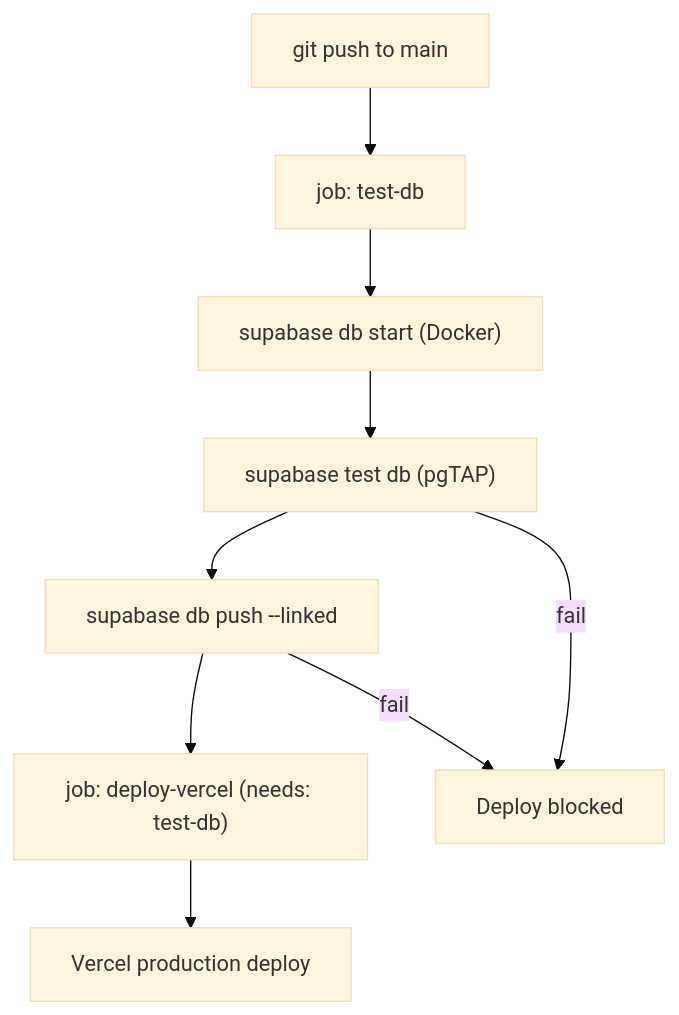
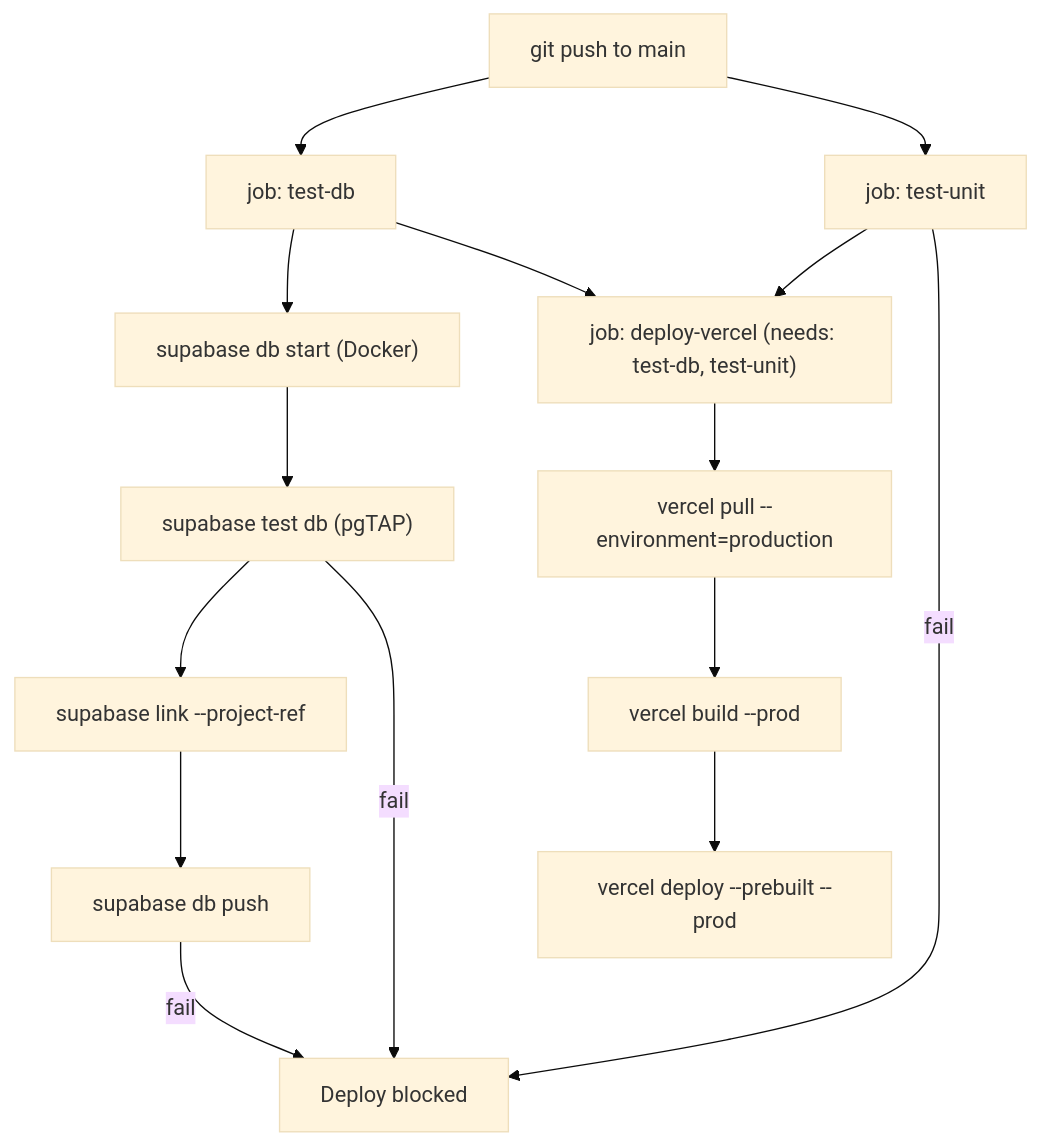
One commit to cbuchert/tool-club changed the sixth of 6 diagrams in ARCHITECTURE.md. Above: the diagram before and after it, drawn with Mermaid (base theme). The commit also changed other lines of this file and 26 other files, not shown here.

First line of the commit message:
feat: database schema, RLS policies, and pgTAP tests

````diff
--- a/ARCHITECTURE.md
+++ b/ARCHITECTURE.md
@@ -456,12 +492,18 @@
 ```mermaid
 graph TD
   Push["git push to main"] --> TestDB["job: test-db"]
+  Push --> TestUnit["job: test-unit"]
   TestDB --> StartLocal["supabase db start (Docker)"]
   StartLocal --> RunPgTAP["supabase test db (pgTAP)"]
-  RunPgTAP --> PushMigrations["supabase db push --linked"]
-  PushMigrations --> DeployVercel["job: deploy-vercel (needs: test-db)"]
-  DeployVercel --> VercelProd["Vercel production deploy"]
+  RunPgTAP --> LinkProject["supabase link --project-ref"]
+  LinkProject --> PushMigrations["supabase db push"]
+  TestDB --> Gate["job: deploy-vercel (needs: test-db, test-unit)"]
+  TestUnit --> Gate
+  Gate --> Pull["vercel pull --environment=production"]
+  Pull --> Build["vercel build --prod"]
+  Build --> Deploy["vercel deploy --prebuilt --prod"]
 
   RunPgTAP -->|fail| Block["Deploy blocked"]
   PushMigrations -->|fail| Block
+  TestUnit -->|fail| Block
 ```
````
